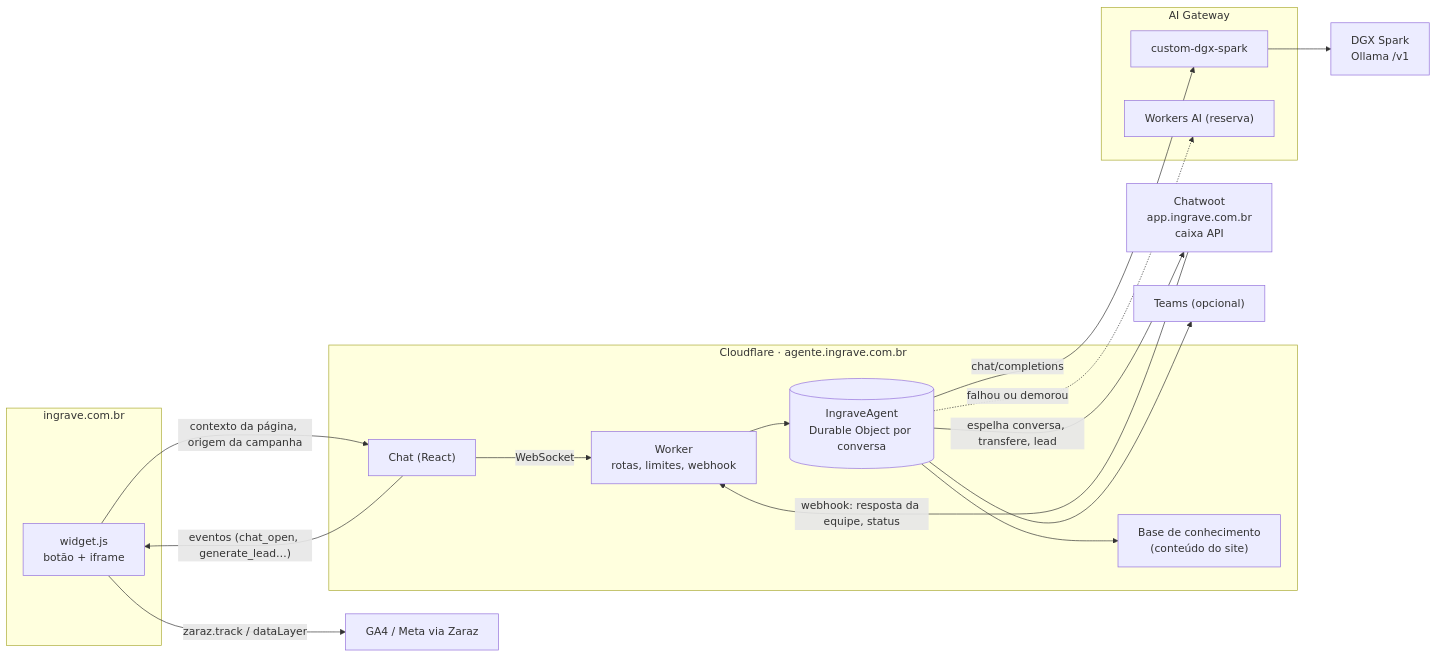
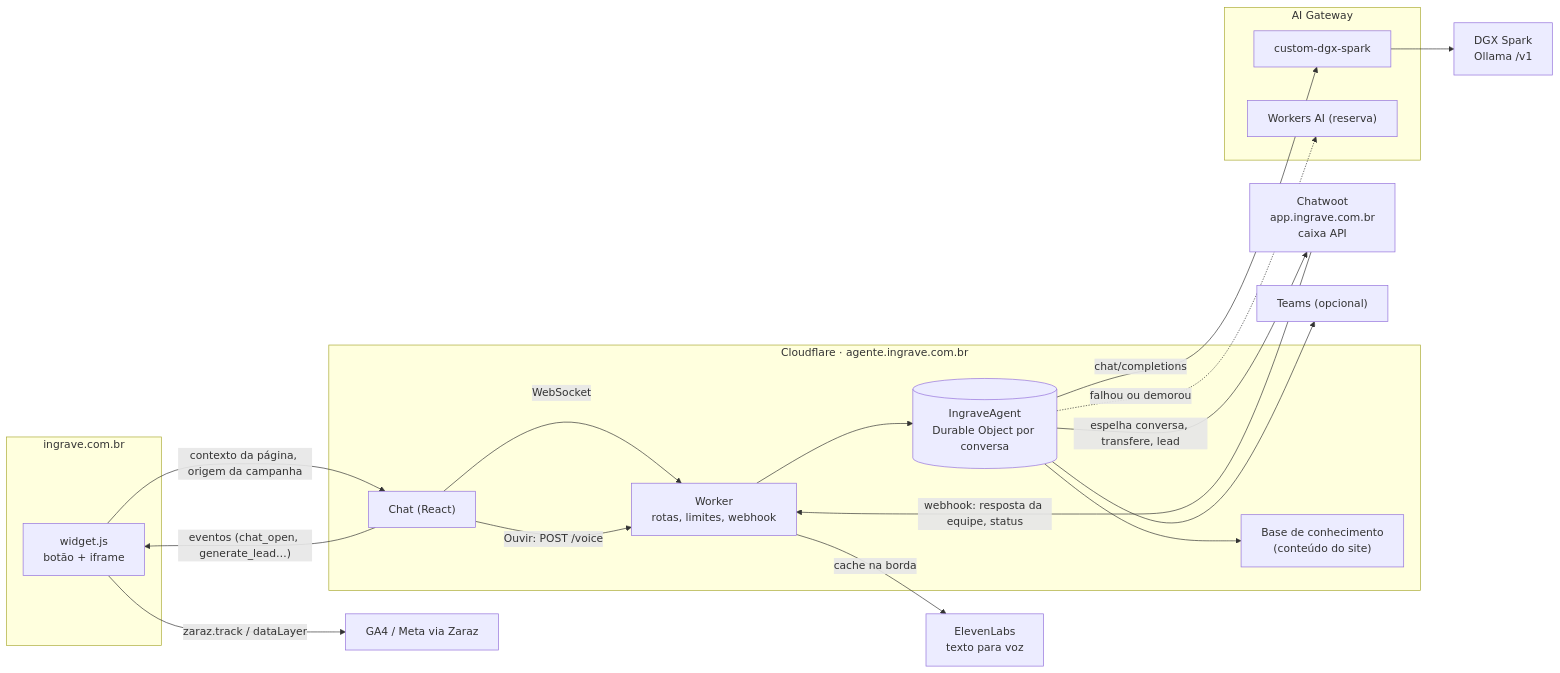
The diagram in README.md (ingrave-solucoes/my-chat-agent), drawn with Mermaid before and after one commit. The commit also changed other lines of this file and 27 other files, not shown here.

First line of the commit message:
Add ElevenLabs voice to replies and remove the payment workflow

````diff
--- a/README.md
+++ b/README.md
@@ -15,29 +16,31 @@
 ```mermaid
 flowchart LR
   subgraph Site["ingrave.com.br"]
     W["widget.js<br/>botão + iframe"]
   end
   subgraph CF["Cloudflare · agente.ingrave.com.br"]
     UI["Chat (React)"]
     WK["Worker<br/>rotas, limites, webhook"]
     DO[("IngraveAgent<br/>Durable Object por conversa")]
     KB["Base de conhecimento<br/>(conteúdo do site)"]
   end
   subgraph AIG["AI Gateway"]
     C["custom-dgx-spark"]
     WA["Workers AI (reserva)"]
   end
   DGX["DGX Spark<br/>Ollama /v1"]
   CW["Chatwoot<br/>app.ingrave.com.br<br/>caixa API"]
   TM["Teams (opcional)"]
+  EL["ElevenLabs<br/>texto para voz"]
 
   W -- "contexto da página, origem da campanha" --> UI
   UI -- "WebSocket" --> WK --> DO
   DO --> KB
   DO -- "chat/completions" --> C --> DGX
   DO -. "falhou ou demorou" .-> WA
   DO -- "espelha conversa, transfere, lead" --> CW
   CW -- "webhook: resposta da equipe, status" --> WK
   DO --> TM
+  UI -- "Ouvir: POST /voice" --> WK -- "cache na borda" --> EL
   UI -- "eventos (chat_open, generate_lead…)" --> W -- "zaraz.track / dataLayer" --> GA["GA4 / Meta via Zaraz"]
 ```
````
